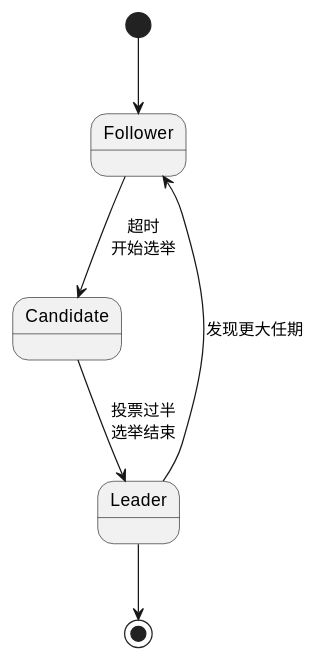
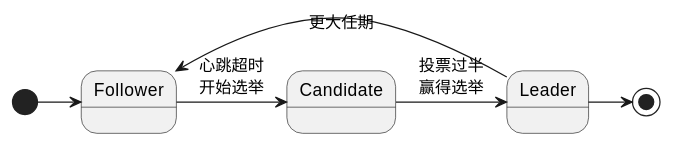
The first of 2 diagrams in src/pages/posts/distribution-raft.adoc (nocnob/notfound), drawn with PlantUML before and after one commit. The commit also changed other lines of this file, not shown here.

```diff
--- a/src/pages/posts/distribution-raft.adoc
+++ b/src/pages/posts/distribution-raft.adoc
@@ -38,10 +15,10 @@
 [source,plantuml]
 ----
 @startuml
-[*] --> Follower
-Follower --> Candidate: 超时\n开始选举
-Candidate --> Leader: 投票过半\n选举结束
-Leader --> Follower: 发现更大任期 
-Leader --> [*]
+[*] -> Follower
+Follower -> Candidate: 心跳超时\n开始选举
+Candidate -> Leader: 投票过半\n赢得选举
+Leader -> Follower: 更大任期
+Leader -> [*]
 @enduml
 ----
```
